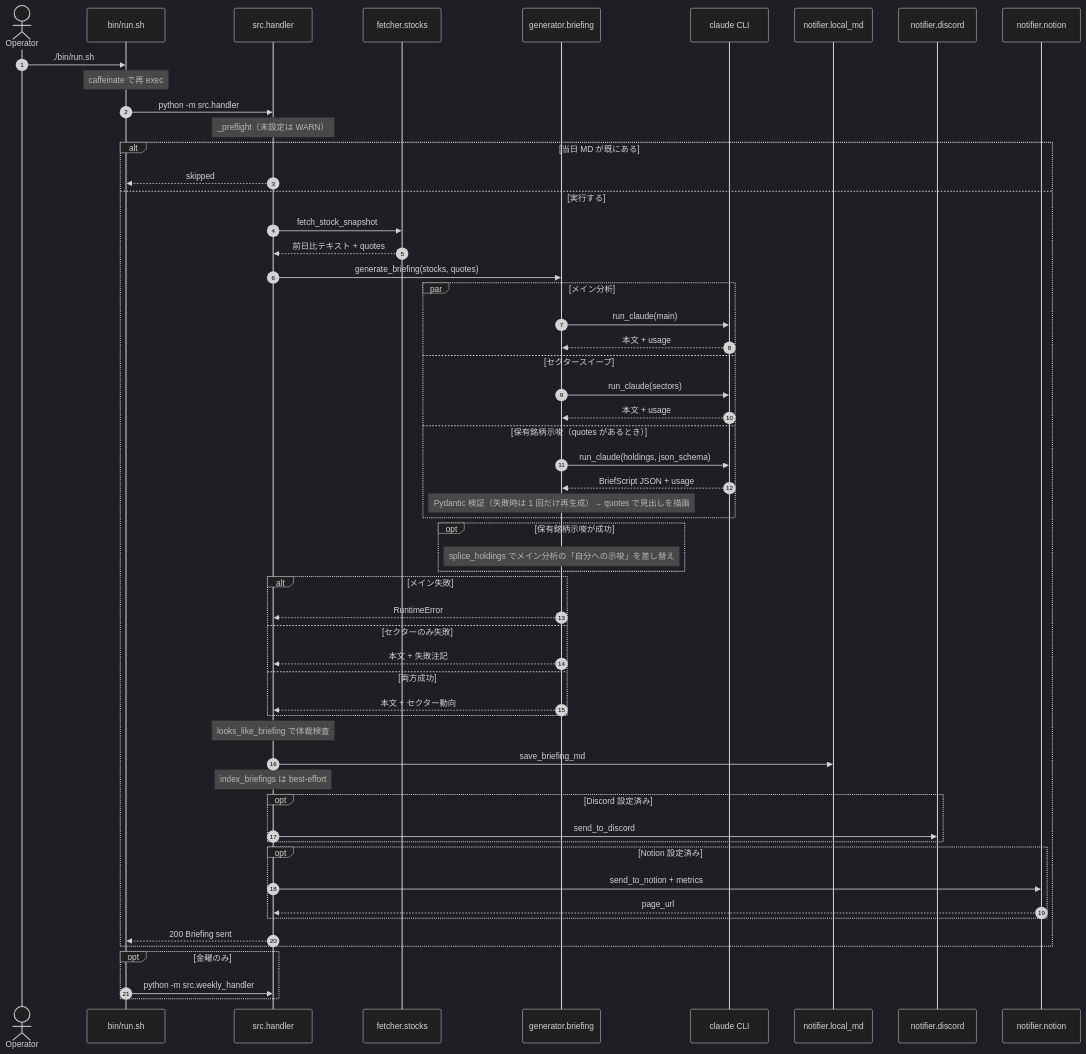
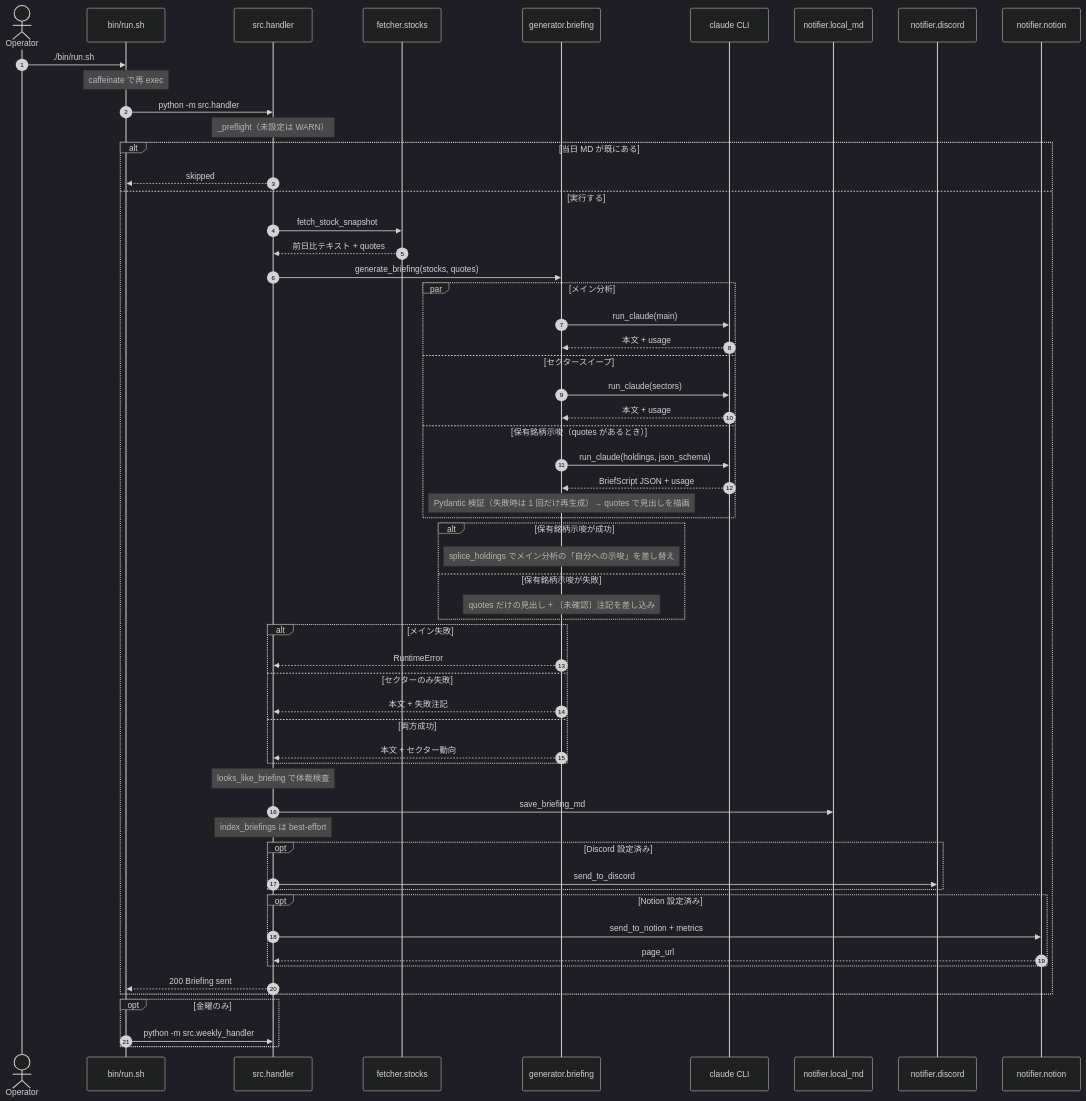
Before and after one commit to KazusaNakagawa/ai-agent-cli: the first of 6 diagrams in docs/sequence-diagrams.md, drawn with Mermaid (dark theme). The commit also changed other lines of this file and 9 other files, not shown here.

````diff
--- a/docs/sequence-diagrams.md
+++ b/docs/sequence-diagrams.md
@@ -24,67 +25,69 @@
 ```mermaid
 sequenceDiagram
     autonumber
     actor Op as Operator
     participant Sh as bin/run.sh
     participant H as src.handler
     participant YF as fetcher.stocks
     participant G as generator.briefing
     participant CLI as claude CLI
     participant MD as notifier.local_md
     participant DC as notifier.discord
     participant NT as notifier.notion
 
     Op->>Sh: ./bin/run.sh
     Note over Sh: caffeinate で再 exec
     Sh->>H: python -m src.handler
     Note over H: _preflight（未設定は WARN）
 
     alt 当日 MD が既にある
         H-->>Sh: skipped
     else 実行する
         H->>YF: fetch_stock_snapshot
         YF-->>H: 前日比テキスト + quotes
         H->>G: generate_briefing(stocks, quotes)
 
         par メイン分析
             G->>CLI: run_claude(main)
             CLI-->>G: 本文 + usage
         and セクタースイープ
             G->>CLI: run_claude(sectors)
             CLI-->>G: 本文 + usage
         and 保有銘柄示唆（quotes があるとき）
             G->>CLI: run_claude(holdings, json_schema)
             CLI-->>G: BriefScript JSON + usage
             Note over G: Pydantic 検証（失敗時は 1 回だけ再生成）→ quotes で見出しを描画
         end
 
-        opt 保有銘柄示唆が成功
+        alt 保有銘柄示唆が成功
             Note over G: splice_holdings でメイン分析の「自分への示唆」を差し替え
+        else 保有銘柄示唆が失敗
+            Note over G: quotes だけの見出し + 〔未確認〕注記を差し込み
         end
 
         alt メイン失敗
             G-->>H: RuntimeError
         else セクターのみ失敗
             G-->>H: 本文 + 失敗注記
         else 両方成功
             G-->>H: 本文 + セクター動向
         end
 
         Note over H: looks_like_briefing で体裁検査
         H->>MD: save_briefing_md
         Note over H: index_briefings は best-effort
 
         opt Discord 設定済み
             H->>DC: send_to_discord
         end
         opt Notion 設定済み
             H->>NT: send_to_notion + metrics
             NT-->>H: page_url
         end
         H-->>Sh: 200 Briefing sent
     end
 
     opt 金曜のみ
         Sh->>H: python -m src.weekly_handler
     end
 ```
````
